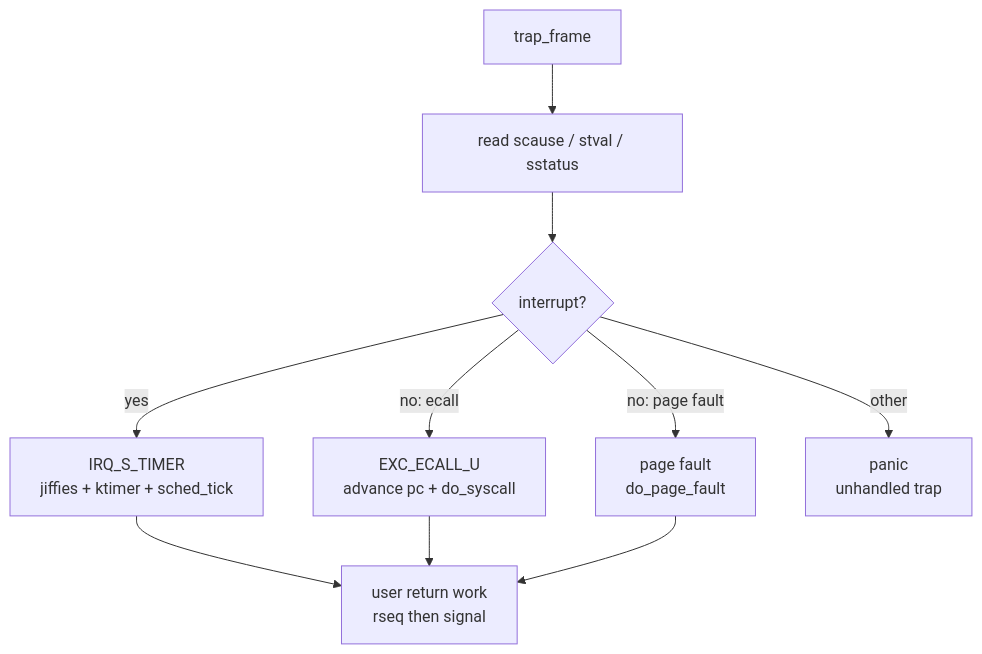
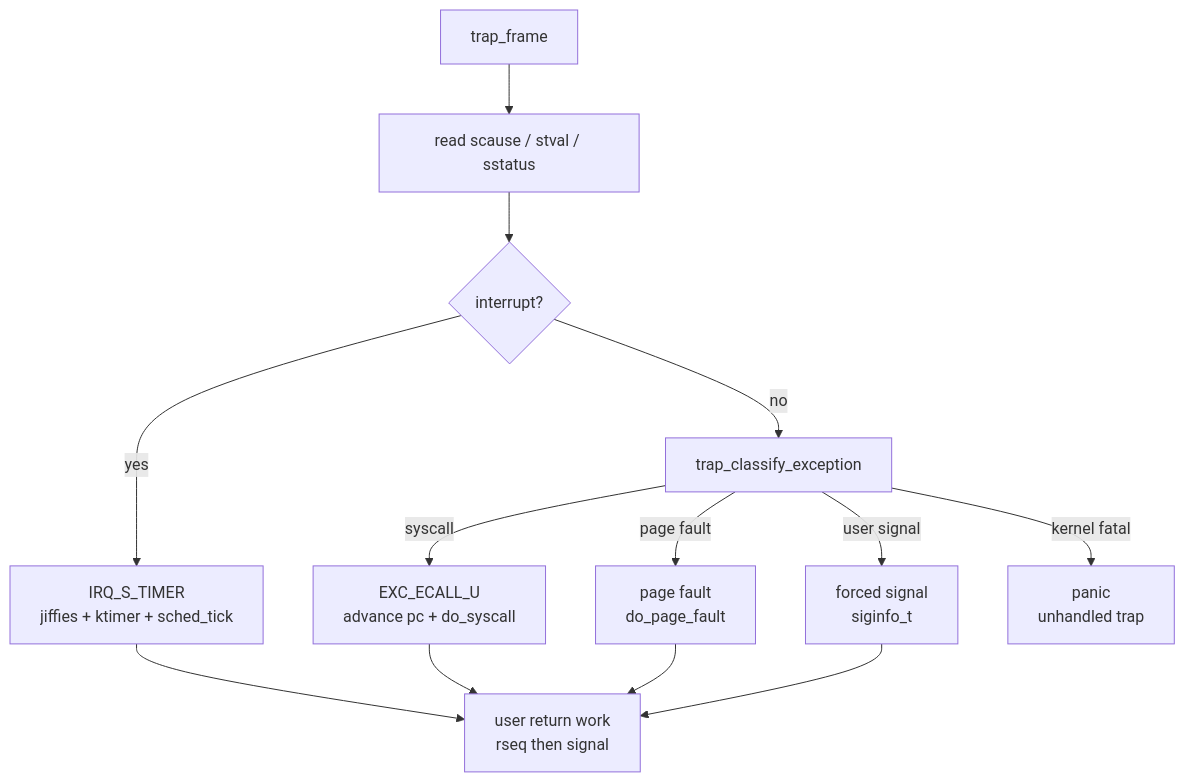
One commit to pillow-zx/CuteOS changed the second of 2 diagrams in docs/architecture/trap.md. Above: the diagram before and after it, drawn with Mermaid. The commit also changed other lines of this file and 20 other files, not shown here.

Commit message:
trap,signal: refoctor trap and signal subsystem

````diff
--- a/docs/architecture/trap.md
+++ b/docs/architecture/trap.md
@@ -100,17 +104,21 @@
 ```mermaid
 flowchart TD
     TF["trap_frame"]
     Cause["read scause / stval / sstatus"]
     IRQ{"interrupt?"}
     Timer["IRQ_S_TIMER<br/>jiffies + ktimer + sched_tick"]
     Ecall["EXC_ECALL_U<br/>advance pc + do_syscall"]
+    Classify["trap_classify_exception"]
     Fault["page fault<br/>do_page_fault"]
+    Signal["forced signal<br/>siginfo_t"]
     Panic["panic<br/>unhandled trap"]
     Return["user return work<br/>rseq then signal"]
 
     TF --> Cause --> IRQ
     IRQ -->|"yes"| Timer --> Return
-    IRQ -->|"no: ecall"| Ecall --> Return
-    IRQ -->|"no: page fault"| Fault --> Return
-    IRQ -->|"other"| Panic
+    IRQ -->|"no"| Classify
+    Classify -->|"syscall"| Ecall --> Return
+    Classify -->|"page fault"| Fault --> Return
+    Classify -->|"user signal"| Signal --> Return
+    Classify -->|"kernel fatal"| Panic
 ```
````
